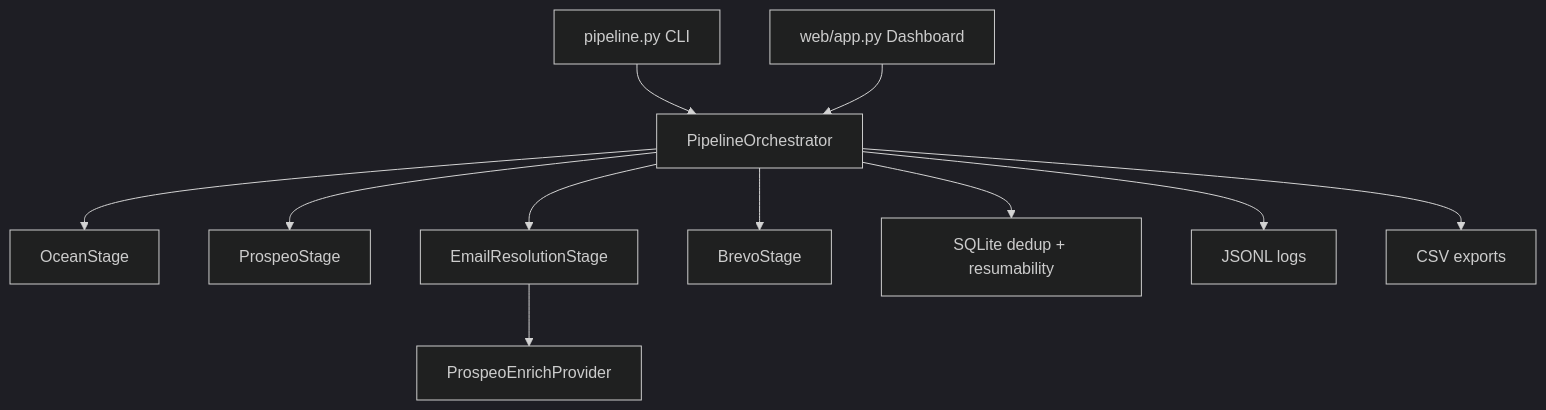
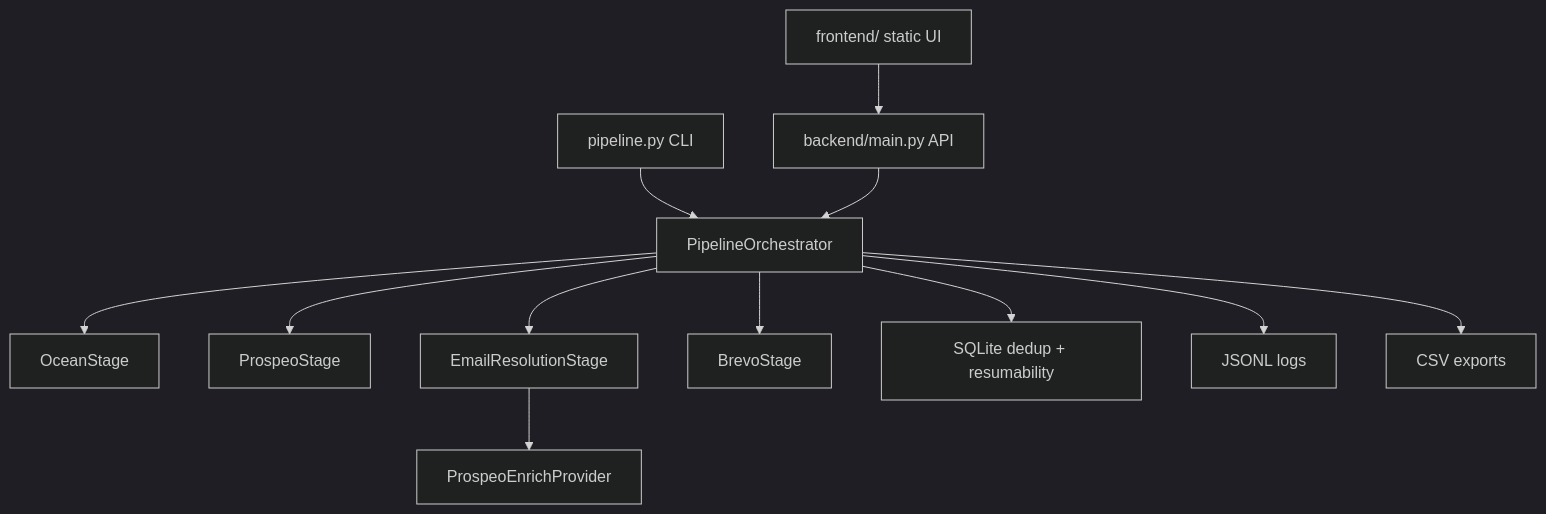
The diagram in README.md (rohitkumarrai7/Attainz), drawn with Mermaid (dark theme) before and after one commit. The commit also changed other lines of this file and 2 other files, not shown here.

````diff
--- a/README.md
+++ b/README.md
@@ -38,13 +38,14 @@
 ```mermaid
 flowchart TB
     CLI["pipeline.py CLI"] --> Orchestrator["PipelineOrchestrator"]
-    Web["web/app.py Dashboard"] --> Orchestrator
+    Web["backend/main.py API"] --> Orchestrator
+    Frontend["frontend/ static UI"] --> Web
     Orchestrator --> S1["OceanStage"]
     Orchestrator --> S2["ProspeoStage"]
     Orchestrator --> S3["EmailResolutionStage"]
     Orchestrator --> S4["BrevoStage"]
     S3 --> ProspeoEnrich["ProspeoEnrichProvider"]
     Orchestrator --> DB["SQLite dedup + resumability"]
     Orchestrator --> Logger["JSONL logs"]
     Orchestrator --> CSV["CSV exports"]
 ```
````
